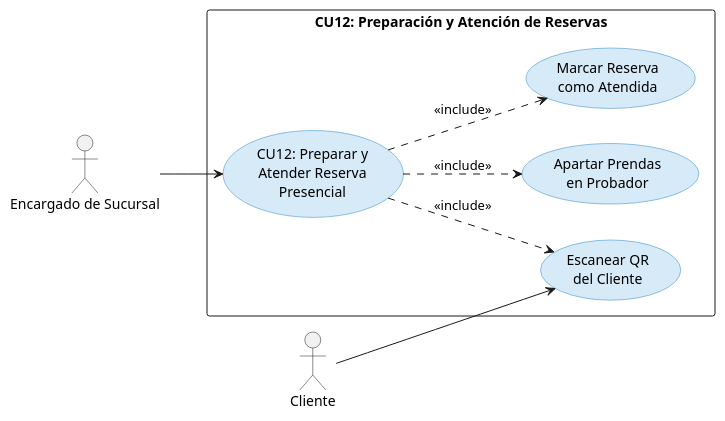
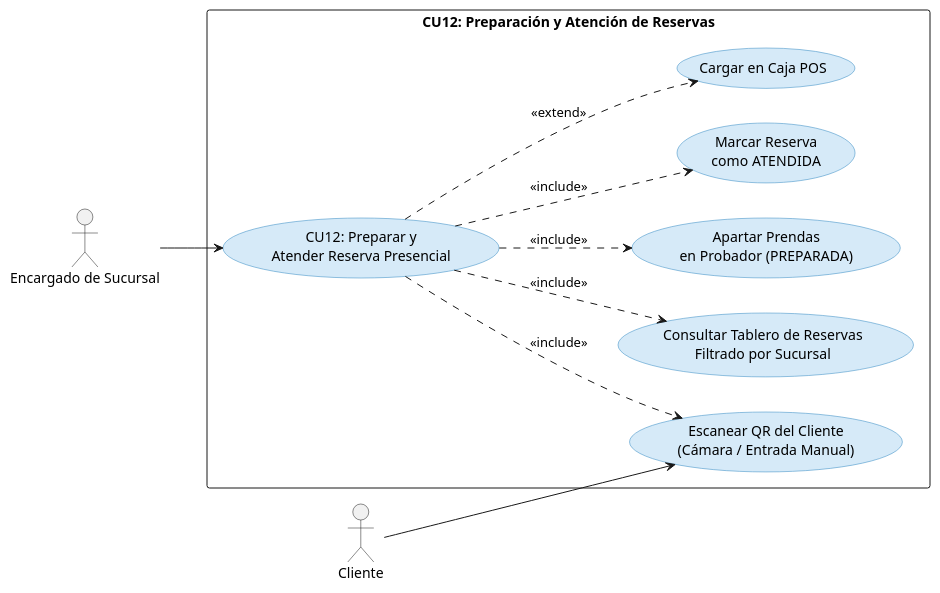
Before and after one commit to INGvainilla/1erParcial: the second of 9 diagrams in DOCUMENTACION2/ciclo2.md, drawn with PlantUML. The commit also changed other lines of this file and 60 other files, not shown here.

````diff
--- a/DOCUMENTACION2/ciclo2.md
+++ b/DOCUMENTACION2/ciclo2.md
@@ -75,25 +109,29 @@
 ```plantuml
 @startuml CU12_Preparar_Reserva
 left to right direction
 skinparam usecase {
   BackgroundColor #D6EAF8
   BorderColor #2E86C1
 }
 
 actor "Encargado de Sucursal" as Encargado
 actor "Cliente" as Cliente
 
 rectangle "CU12: Preparación y Atención de Reservas" {
-  usecase "CU12: Preparar y\nAtender Reserva\nPresencial" as CU12
-  usecase "Apartar Prendas\nen Probador" as UC_Apartar
-  usecase "Escanear QR\ndel Cliente" as UC_Escanear
-  usecase "Marcar Reserva\ncomo Atendida" as UC_Atender
+  usecase "CU12: Preparar y\nAtender Reserva Presencial" as CU12
+  usecase "Consultar Tablero de Reservas\nFiltrado por Sucursal" as UC_Tablero
+  usecase "Apartar Prendas\nen Probador (PREPARADA)" as UC_Apartar
+  usecase "Escanear QR del Cliente\n(Cámara / Entrada Manual)" as UC_Escanear
+  usecase "Marcar Reserva\ncomo ATENDIDA" as UC_Atender
+  usecase "Cargar en Caja POS" as UC_POS
 }
 
 Encargado --> CU12
 Cliente --> UC_Escanear
+CU12 ..> UC_Tablero : <<include>>
 CU12 ..> UC_Apartar : <<include>>
 CU12 ..> UC_Escanear : <<include>>
 CU12 ..> UC_Atender : <<include>>
+CU12 ..> UC_POS : <<extend>>
 @enduml
 ```
````
